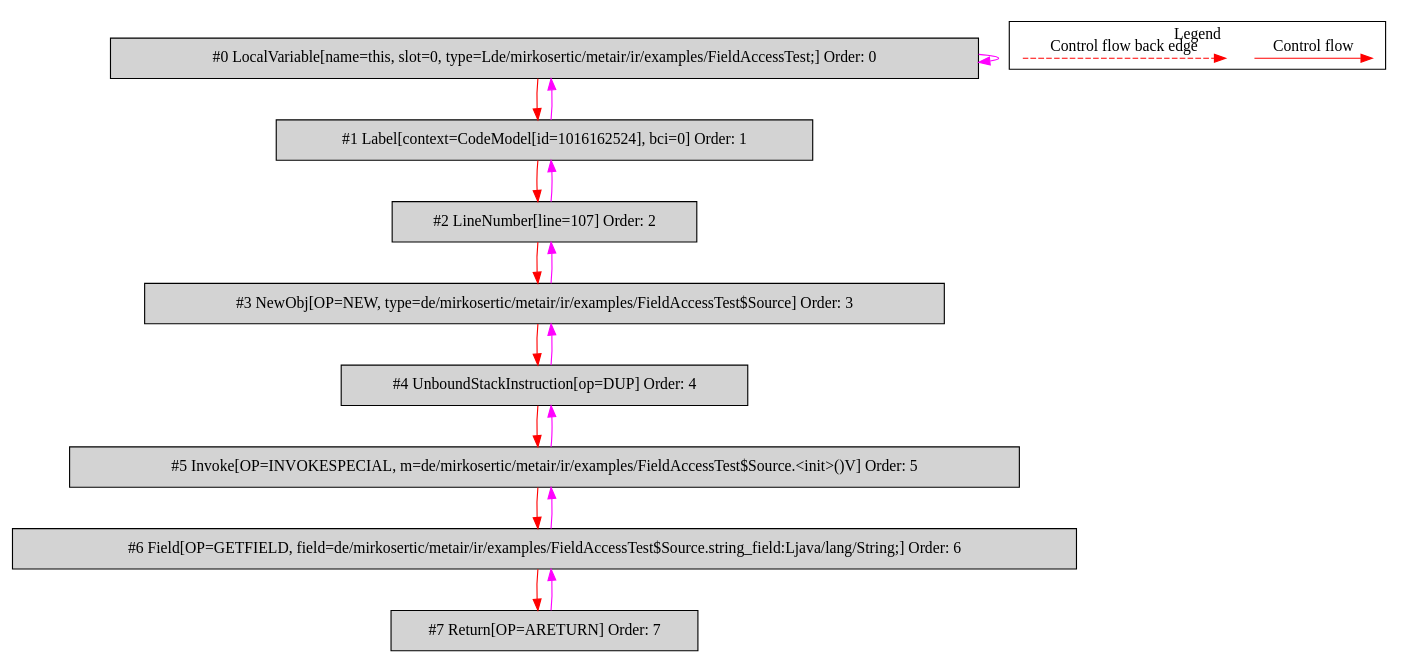
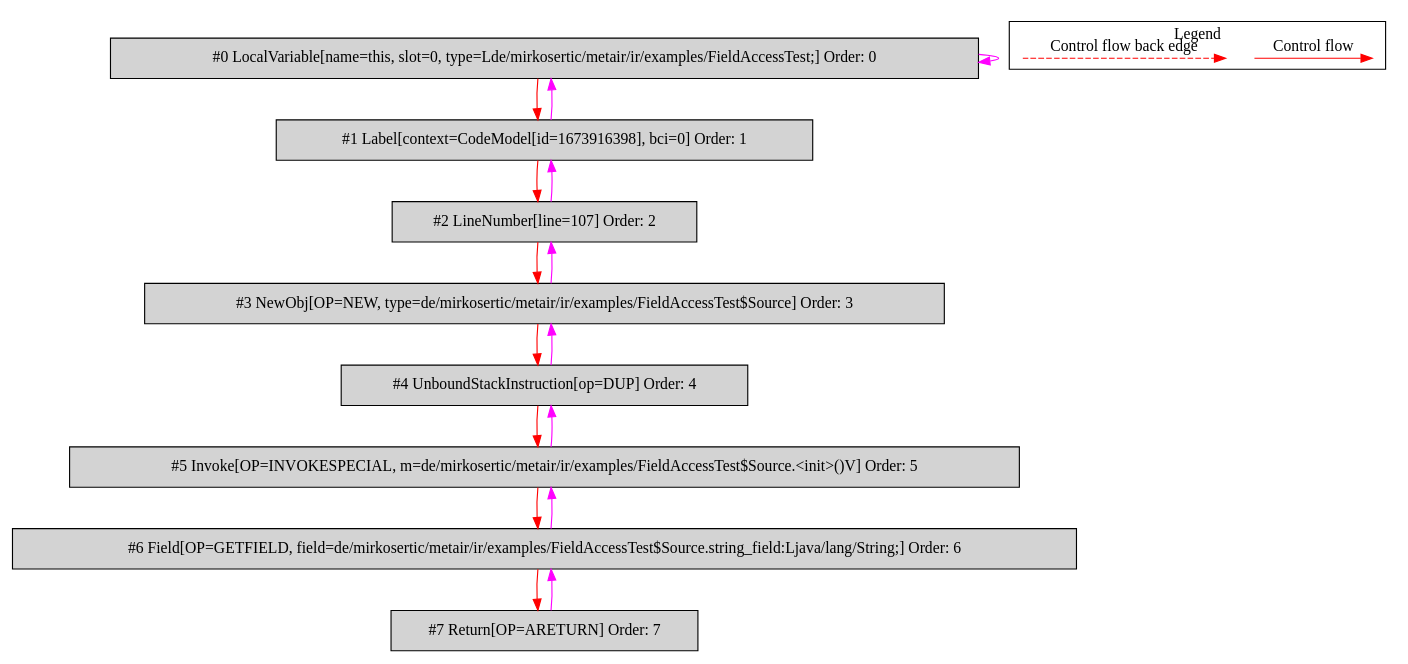
One commit to mirkosertic/MetaIR changed the diagram in de.mirkosertic.metair.ir.examples.FieldAccessTest/return_string/bytecodecfg.dot. Above: the diagram before and after it, drawn with Graphviz. The commit also changed 1197 other files, not shown here.

```diff
--- a/de.mirkosertic.metair.ir.examples.FieldAccessTest/return_string/bytecodecfg.dot
+++ b/de.mirkosertic.metair.ir.examples.FieldAccessTest/return_string/bytecodecfg.dot
@@ -1,40 +1,40 @@
 digraph {
  ordering="in";
  node0[label="#0 LocalVariable[name=this, slot=0, type=Lde/mirkosertic/metair/ir/examples/FieldAccessTest;] Order: 0", shape=box, fillcolor=lightgrey, style=filled];
- node1[label="#1 Label[context=CodeModel[id=1016162524], bci=0] Order: 1", shape=box, fillcolor=lightgrey, style=filled];
+ node1[label="#1 Label[context=CodeModel[id=1673916398], bci=0] Order: 1", shape=box, fillcolor=lightgrey, style=filled];
  node2[label="#2 LineNumber[line=107] Order: 2", shape=box, fillcolor=lightgrey, style=filled];
  node3[label="#3 NewObj[OP=NEW, type=de/mirkosertic/metair/ir/examples/FieldAccessTest$Source] Order: 3", shape=box, fillcolor=lightgrey, style=filled];
  node4[label="#4 UnboundStackInstruction[op=DUP] Order: 4", shape=box, fillcolor=lightgrey, style=filled];
  node5[label="#5 Invoke[OP=INVOKESPECIAL, m=de/mirkosertic/metair/ir/examples/FieldAccessTest$Source.<init>()V] Order: 5", shape=box, fillcolor=lightgrey, style=filled];
  node6[label="#6 Field[OP=GETFIELD, field=de/mirkosertic/metair/ir/examples/FieldAccessTest$Source.string_field:Ljava/lang/String;] Order: 6", shape=box, fillcolor=lightgrey, style=filled];
  node7[label="#7 Return[OP=ARETURN] Order: 7", shape=box, fillcolor=lightgrey, style=filled];
  node0 -> node0[color=fuchsia];
  node0 -> node1[color=red];
  node1 -> node0[color=fuchsia];
  node1 -> node2[color=red];
  node2 -> node1[color=fuchsia];
  node2 -> node3[color=red];
  node3 -> node2[color=fuchsia];
  node3 -> node4[color=red];
  node4 -> node3[color=fuchsia];
  node4 -> node5[color=red];
  node5 -> node4[color=fuchsia];
  node5 -> node6[color=red];
  node6 -> node5[color=fuchsia];
  node6 -> node7[color=red];
  node7 -> node6[color=fuchsia];
  subgraph cluster_000 {
   label = "Legend";
   node [shape=point]
   {
    rank=same;
    c0 [style = invis];
    c1 [style = invis];
    c2 [style = invis];
    c3 [style = invis];
   }
   c0 -> c1 [label="Control flow", style=solid, color=red]
   c2 -> c3 [label="Control flow back edge", style=dashed, color=red]
  }
 
 }
```
